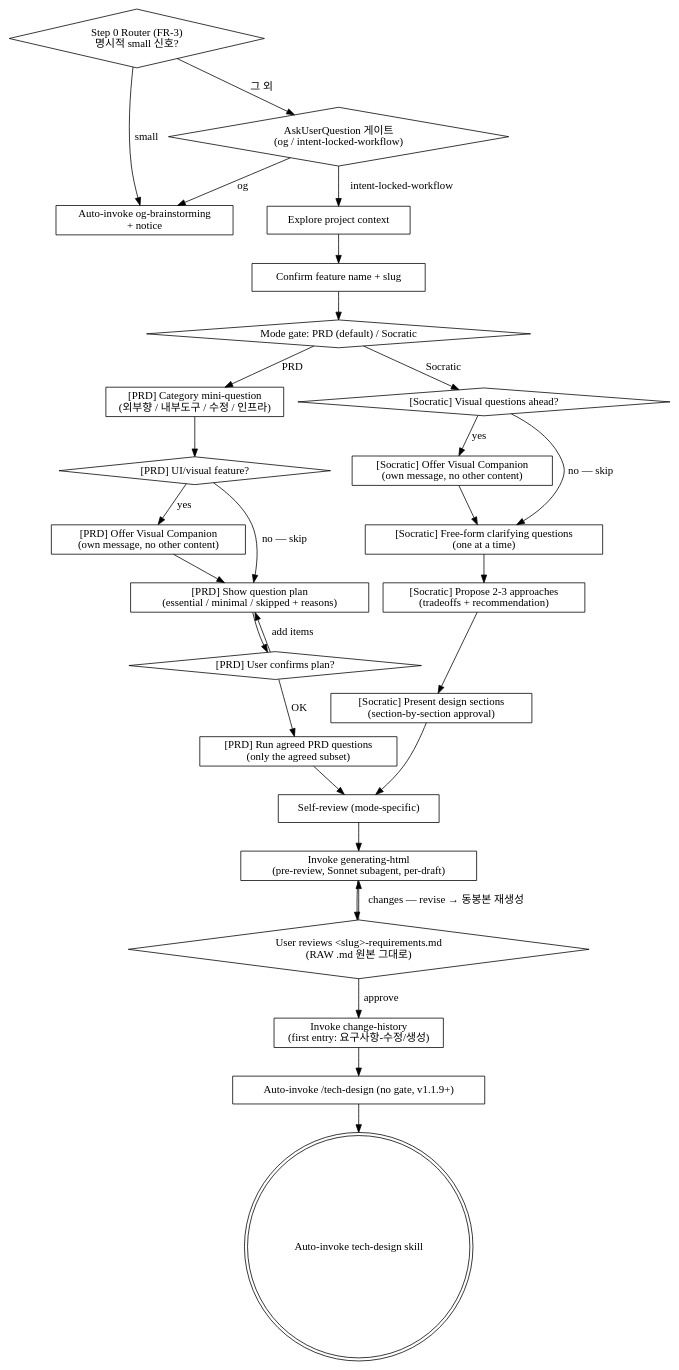
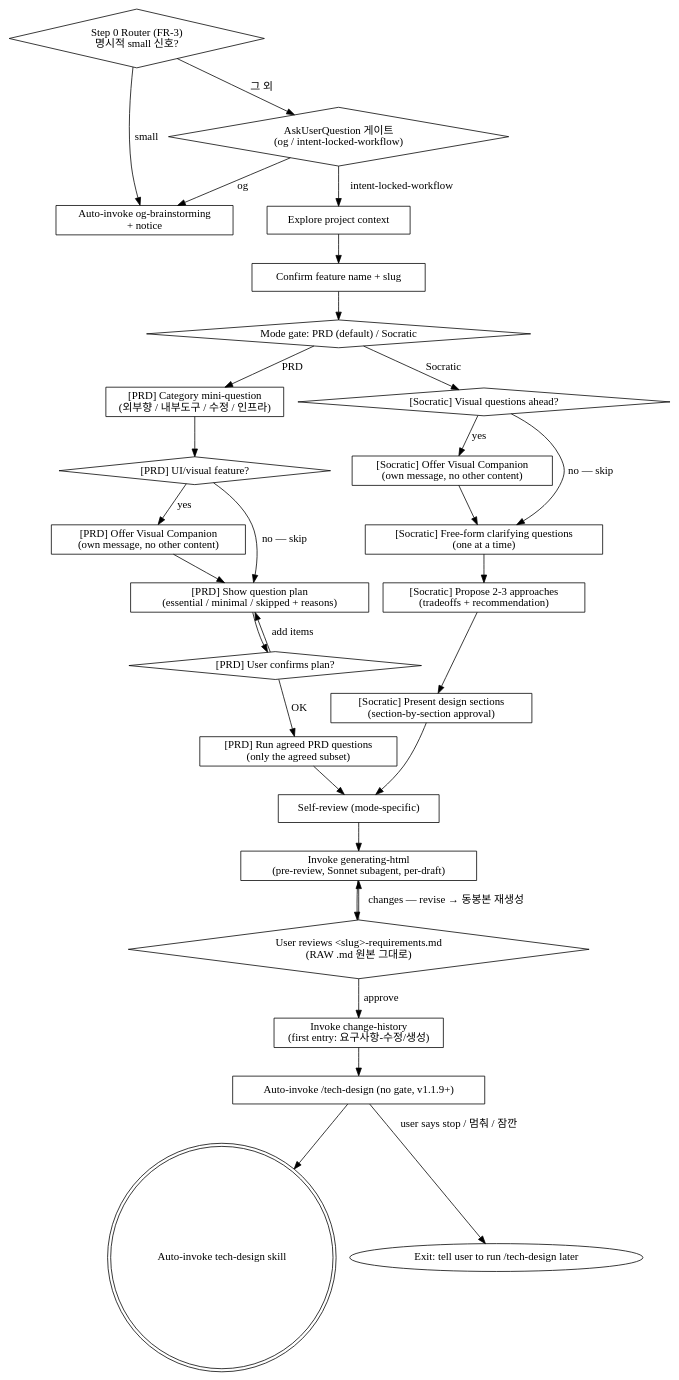
Before and after one commit to deokjinlog/intent-locked-workflow: the diagram in skills/brainstorming/SKILL.md, drawn with Graphviz.

Commit message:
revert+fix: 방금 지운 노드를 되살리고 빠진 엣지를 채운다
직전 커밋(025ab91)에서 'Exit: tell user to run /tech-design later' 를 도달
불가로 판단해 지웠는데, 틀렸다. 같은 파일 81줄에 실제 경로가 있다:

  On user "stop"/"멈춰"/"잠깐" → exit cleanly with notice telling the
  user to run /tech-design later.

즉 죽은 노드가 아니라 **엣지가 빠져 있던** 것이다. 도달 불가로 보였던 이유가
그거다. 노드를 되살리고 중단 경로 엣지를 추가한다.

그리고 025ab91 커밋 메시지의 '레포 전체에 다른 참조도 0건' 은 사실이 아니었다.
지우기 전에 실행한 grep 이 2건을 반환했는데(노드 선언 + 81줄) 그걸 확인하지
않고 0건이라고 썼다. 이번 세션 내내 고쳐온 것과 같은 종류의 잘못이다.

고아노드·미선언노드 0 확인.

````diff
--- a/skills/brainstorming/SKILL.md
+++ b/skills/brainstorming/SKILL.md
@@ -121,62 +121,64 @@
 ```dot
 digraph brainstorm_flow {
     "Step 0 Router (FR-3)\n명시적 small 신호?" [shape=diamond];
     "Auto-invoke og-brainstorming\n+ notice" [shape=box];
     "AskUserQuestion 게이트\n(og / intent-locked-workflow)" [shape=diamond];
     "Explore project context" [shape=box];
     "Confirm feature name + slug" [shape=box];
     "Mode gate: PRD (default) / Socratic" [shape=diamond];
 
     "[PRD] Category mini-question\n(외부향 / 내부도구 / 수정 / 인프라)" [shape=box];
     "[PRD] UI/visual feature?" [shape=diamond];
     "[PRD] Offer Visual Companion\n(own message, no other content)" [shape=box];
     "[PRD] Show question plan\n(essential / minimal / skipped + reasons)" [shape=box];
     "[PRD] User confirms plan?" [shape=diamond];
     "[PRD] Run agreed PRD questions\n(only the agreed subset)" [shape=box];
 
     "[Socratic] Visual questions ahead?" [shape=diamond];
     "[Socratic] Offer Visual Companion\n(own message, no other content)" [shape=box];
     "[Socratic] Free-form clarifying questions\n(one at a time)" [shape=box];
     "[Socratic] Propose 2-3 approaches\n(tradeoffs + recommendation)" [shape=box];
     "[Socratic] Present design sections\n(section-by-section approval)" [shape=box];
 
     "Self-review (mode-specific)" [shape=box];
     "User reviews <slug>-requirements.md\n(RAW .md 원본 그대로)" [shape=diamond];
     "Invoke generating-html\n(pre-review, Sonnet subagent, per-draft)" [shape=box];
     "Invoke change-history\n(first entry: 요구사항-수정/생성)" [shape=box];
     "Auto-invoke /tech-design (no gate, v1.1.9+)" [shape=box];
     "Auto-invoke tech-design skill" [shape=doublecircle];
+    "Exit: tell user to run /tech-design later" [shape=oval];
 
     "Step 0 Router (FR-3)\n명시적 small 신호?" -> "Auto-invoke og-brainstorming\n+ notice" [label="small"];
     "Step 0 Router (FR-3)\n명시적 small 신호?" -> "AskUserQuestion 게이트\n(og / intent-locked-workflow)" [label="그 외"];
     "AskUserQuestion 게이트\n(og / intent-locked-workflow)" -> "Auto-invoke og-brainstorming\n+ notice" [label="og"];
     "AskUserQuestion 게이트\n(og / intent-locked-workflow)" -> "Explore project context" [label="intent-locked-workflow"];
     "Explore project context" -> "Confirm feature name + slug";
     "Confirm feature name + slug" -> "Mode gate: PRD (default) / Socratic";
 
     "Mode gate: PRD (default) / Socratic" -> "[PRD] Category mini-question\n(외부향 / 내부도구 / 수정 / 인프라)" [label="PRD"];
     "[PRD] Category mini-question\n(외부향 / 내부도구 / 수정 / 인프라)" -> "[PRD] UI/visual feature?";
     "[PRD] UI/visual feature?" -> "[PRD] Offer Visual Companion\n(own message, no other content)" [label="yes"];
     "[PRD] UI/visual feature?" -> "[PRD] Show question plan\n(essential / minimal / skipped + reasons)" [label="no — skip"];
     "[PRD] Offer Visual Companion\n(own message, no other content)" -> "[PRD] Show question plan\n(essential / minimal / skipped + reasons)";
     "[PRD] Show question plan\n(essential / minimal / skipped + reasons)" -> "[PRD] User confirms plan?";
     "[PRD] User confirms plan?" -> "[PRD] Show question plan\n(essential / minimal / skipped + reasons)" [label="add items"];
     "[PRD] User confirms plan?" -> "[PRD] Run agreed PRD questions\n(only the agreed subset)" [label="OK"];
     "[PRD] Run agreed PRD questions\n(only the agreed subset)" -> "Self-review (mode-specific)";
 
     "Mode gate: PRD (default) / Socratic" -> "[Socratic] Visual questions ahead?" [label="Socratic"];
     "[Socratic] Visual questions ahead?" -> "[Socratic] Offer Visual Companion\n(own message, no other content)" [label="yes"];
     "[Socratic] Visual questions ahead?" -> "[Socratic] Free-form clarifying questions\n(one at a time)" [label="no — skip"];
     "[Socratic] Offer Visual Companion\n(own message, no other content)" -> "[Socratic] Free-form clarifying questions\n(one at a time)";
     "[Socratic] Free-form clarifying questions\n(one at a time)" -> "[Socratic] Propose 2-3 approaches\n(tradeoffs + recommendation)";
     "[Socratic] Propose 2-3 approaches\n(tradeoffs + recommendation)" -> "[Socratic] Present design sections\n(section-by-section approval)";
     "[Socratic] Present design sections\n(section-by-section approval)" -> "Self-review (mode-specific)";
 
     "Self-review (mode-specific)" -> "Invoke generating-html\n(pre-review, Sonnet subagent, per-draft)";
     "Invoke generating-html\n(pre-review, Sonnet subagent, per-draft)" -> "User reviews <slug>-requirements.md\n(RAW .md 원본 그대로)";
     "User reviews <slug>-requirements.md\n(RAW .md 원본 그대로)" -> "Invoke generating-html\n(pre-review, Sonnet subagent, per-draft)" [label="changes — revise → 동봉본 재생성"];
     "User reviews <slug>-requirements.md\n(RAW .md 원본 그대로)" -> "Invoke change-history\n(first entry: 요구사항-수정/생성)" [label="approve"];
     "Invoke change-history\n(first entry: 요구사항-수정/생성)" -> "Auto-invoke /tech-design (no gate, v1.1.9+)";
     "Auto-invoke /tech-design (no gate, v1.1.9+)" -> "Auto-invoke tech-design skill";
+    "Auto-invoke /tech-design (no gate, v1.1.9+)" -> "Exit: tell user to run /tech-design later" [label="user says stop / 멈춰 / 잠깐"];
 }
 ```
````
